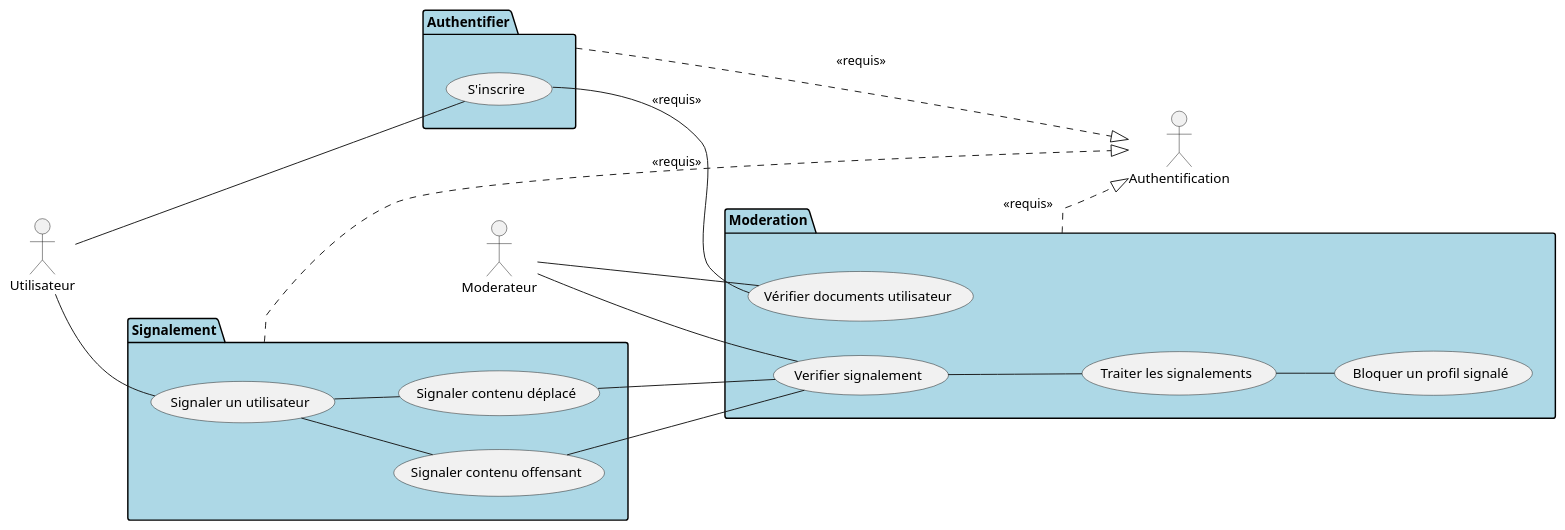
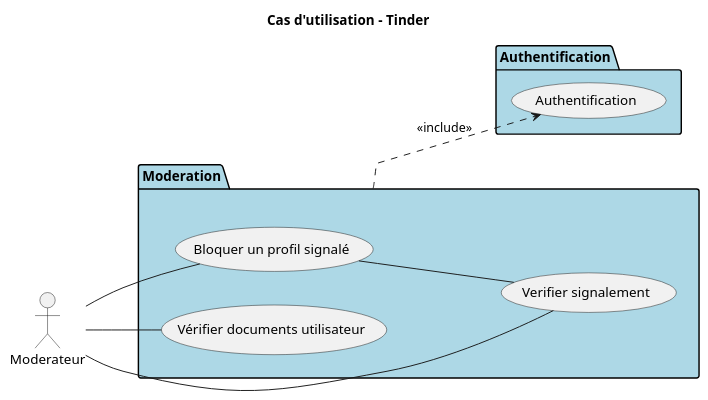
The diagram in src/Projet_Tinder_Cas_Utilisation_Moderation.puml (MinaroliCorentin/PSO), drawn with PlantUML before and after one commit. The commit also changed 9 other files, not shown here.

Commit message:
Maj des cas d'utilisation

```diff
--- a/src/Projet_Tinder_Cas_Utilisation_Moderation.puml
+++ b/src/Projet_Tinder_Cas_Utilisation_Moderation.puml
@@ -1,54 +1,31 @@
 @startuml
 
 left to right direction
+title Cas d'utilisation - Tinder
 
-'Acteurs'
-actor Utilisateur
 actor Moderateur
-actor Authentification
-
 
 
 package "Moderation" #LightBlue {
 
-    usecase "Traiter les signalements" as mod_traiter
     usecase "Bloquer un profil signalé" as mod_bloquer
     usecase "Vérifier documents utilisateur" as mod_verif_docs
     usecase "Verifier signalement" as mod_verif_signal
 
+    Moderateur -- mod_bloquer
+    Moderateur -- mod_verif_docs
     Moderateur -- mod_verif_signal
-    Moderateur -- mod_verif_docs
-    mod_verif_signal -- mod_traiter
-    mod_traiter -- mod_bloquer
 
+    mod_bloquer -- mod_verif_signal
 
 }
 
-package "Signalement" #LightBlue {
+package "Authentification" #LightBlue {
 
-    usecase "Signaler un utilisateur" as signal_user
-    usecase "Signaler contenu déplacé" as signal_deplace
-    usecase "Signaler contenu offensant" as signal_offensant
-
-    signal_user -- signal_deplace
-    signal_user -- signal_offensant
-    signal_deplace -- mod_verif_signal
-    signal_offensant -- mod_verif_signal
-    Utilisateur -- signal_user
+    usecase "Authentification" as auth
 
 }
 
-package "Authentifier" #LightBlue {
-
-    usecase "S'inscrire" as auth_inscription
-
-    Utilisateur -- auth_inscription
-    auth_inscription -- mod_verif_docs : <<requis>>
-
-}
-
-Authentifier ..|> Authentification : <<requis>>
-Signalement ..|> Authentification : <<requis>>
-Moderation ..|> Authentification : <<requis>>
+"Moderation" ..> auth : <<include>>
 
 @enduml
```
